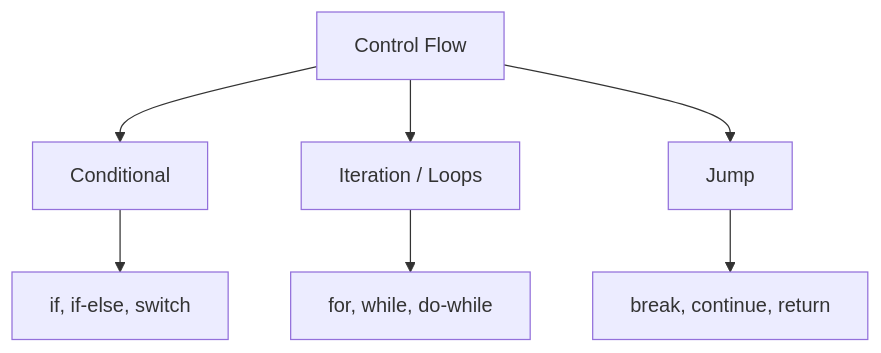
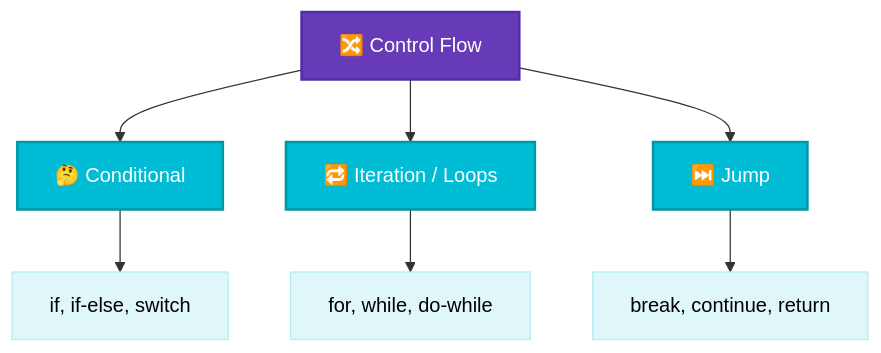
The seventh of 36 diagrams in Ultimate_Java_Placement_Handbook.md (Omkar4112/Placement-Preparation-Hub), drawn with Mermaid before and after one commit. The commit also changed other lines of this file, not shown here.

Commit message:
Enhance Mermaid architecture diagrams in handbook

````diff
--- a/Ultimate_Java_Placement_Handbook.md
+++ b/Ultimate_Java_Placement_Handbook.md
@@ -624,9 +677,14 @@
 ```mermaid
-graph TD
-    A[Control Flow] --> B[Conditional]
-    A --> C[Iteration / Loops]
-    A --> D[Jump]
-    B --> E[if, if-else, switch]
-    C --> F[for, while, do-while]
-    D --> G[break, continue, return]
+flowchart TD
+    classDef root fill:#673ab7,stroke:#512da8,color:#fff,stroke-width:2px;
+    classDef cat fill:#00bcd4,stroke:#0097a7,color:#fff,stroke-width:2px;
+    classDef leaf fill:#e0f7fa,stroke:#b2ebf2,color:#000,stroke-width:1px;
+
+    A[🔀 Control Flow]:::root --> B[🤔 Conditional]:::cat
+    A --> C[🔁 Iteration / Loops]:::cat
+    A --> D[⏭️ Jump]:::cat
+    
+    B --> E[if, if-else, switch]:::leaf
+    C --> F[for, while, do-while]:::leaf
+    D --> G[break, continue, return]:::leaf
 ```
````
